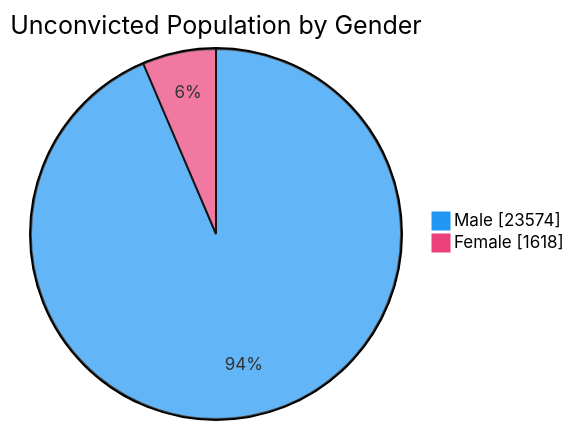
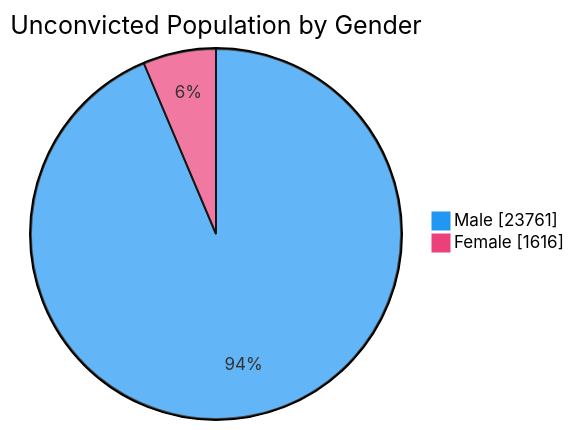
One commit to nuuuwan/lk_prisons changed the fourth of 7 diagrams in README.md. Above: the diagram before and after it, drawn with Mermaid. The commit also changed other lines of this file and 1 other file, not shown here.

````diff
--- a/README.md
+++ b/README.md
@@ -76,6 +76,6 @@
 ```mermaid
 %%{init: {'themeVariables': {'pie1': '#2196F3', 'pie2': '#EC407A'}}}%%
 pie showData title Unconvicted Population by Gender
-    "Male" : 23574
-    "Female" : 1618
+    "Male" : 23761
+    "Female" : 1616
 ```
````
